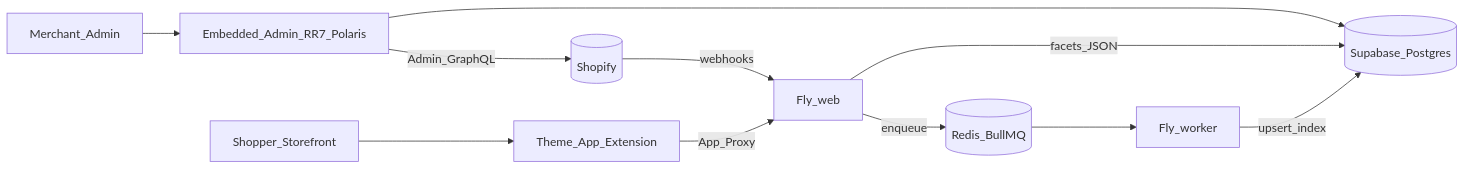
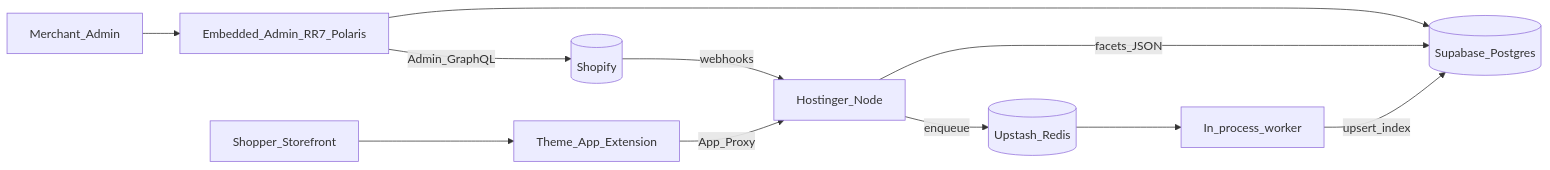
Before and after one commit to Hunani-Infotech/Findly--filters-and-search: the diagram in docs/APP-FLOW-AND-SETUP.md, drawn with Mermaid. The commit also changed other lines of this file and 6 other files, not shown here.

````diff
--- a/docs/APP-FLOW-AND-SETUP.md
+++ b/docs/APP-FLOW-AND-SETUP.md
@@ -11,13 +11,13 @@
 ```mermaid
 flowchart LR
   Merchant[Merchant_Admin] --> Admin[Embedded_Admin_RR7_Polaris]
   Admin -->|Admin_GraphQL| Shopify[(Shopify)]
-  Shopify -->|webhooks| Web[Fly_web]
-  Web -->|enqueue| Redis[(Redis_BullMQ)]
-  Redis --> Worker[Fly_worker]
+  Shopify -->|webhooks| Web[Hostinger_Node]
+  Web -->|enqueue| Redis[(Upstash_Redis)]
+  Redis --> Worker[In_process_worker]
   Worker -->|upsert_index| PG[(Supabase_Postgres)]
   Admin --> PG
   Shopper[Shopper_Storefront] --> TEA[Theme_App_Extension]
   TEA -->|App_Proxy| Web
   Web -->|facets_JSON| PG
 ```
````
